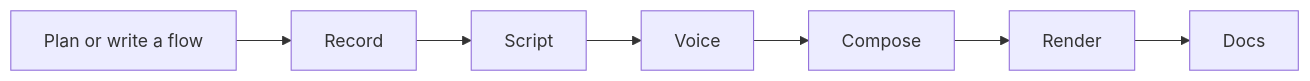
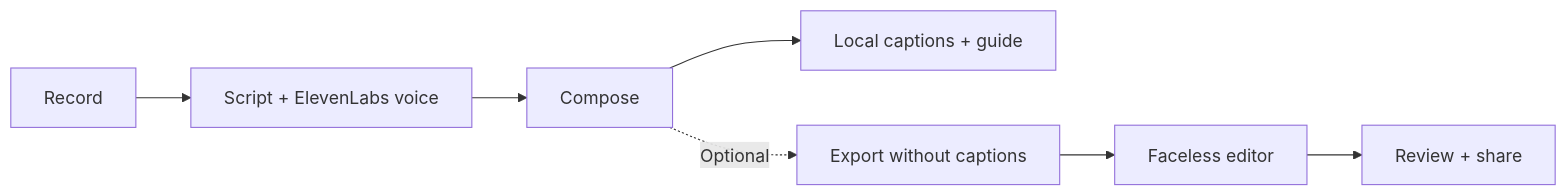
The diagram in README.md (Side-Products/tutorial-kit), drawn with Mermaid before and after one commit. The commit also changed other lines of this file, not shown here.

Commit message:
Clarify local and Faceless tutorial finishing workflows

````diff
--- a/README.md
+++ b/README.md
@@ -271,9 +279,9 @@
 ```mermaid
 flowchart LR
-    P[Plan or write a flow] --> R[Record]
-    R --> S[Script]
-    S --> V[Voice]
+    R[Record] --> V[Script + ElevenLabs voice]
     V --> C[Compose]
-    C --> F[Render]
-    F --> D[Docs]
+    C --> L[Local captions + guide]
+    C -. Optional .-> E[Export without captions]
+    E --> F[Faceless editor]
+    F --> A[Review + share]
 ```
````
